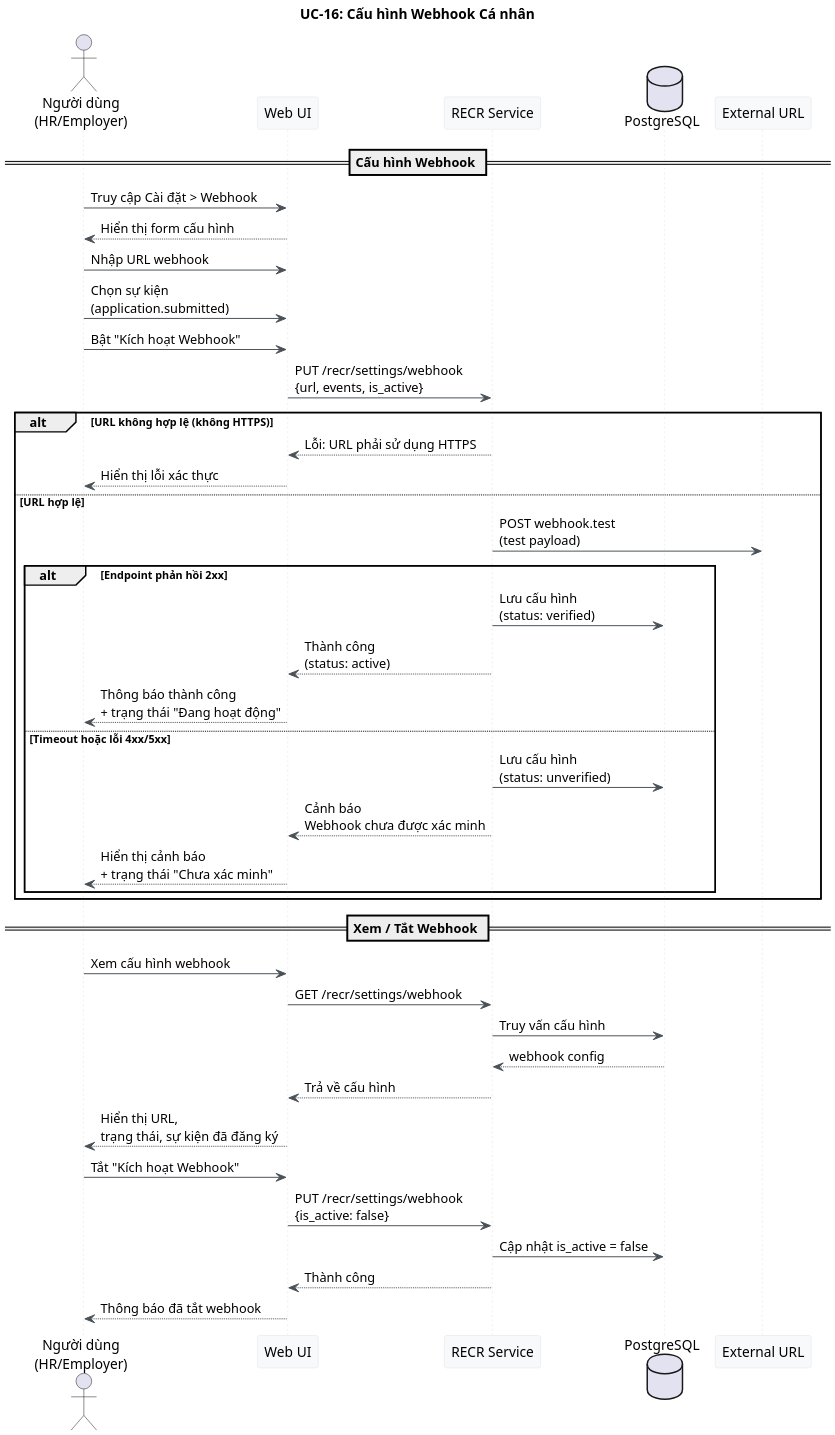
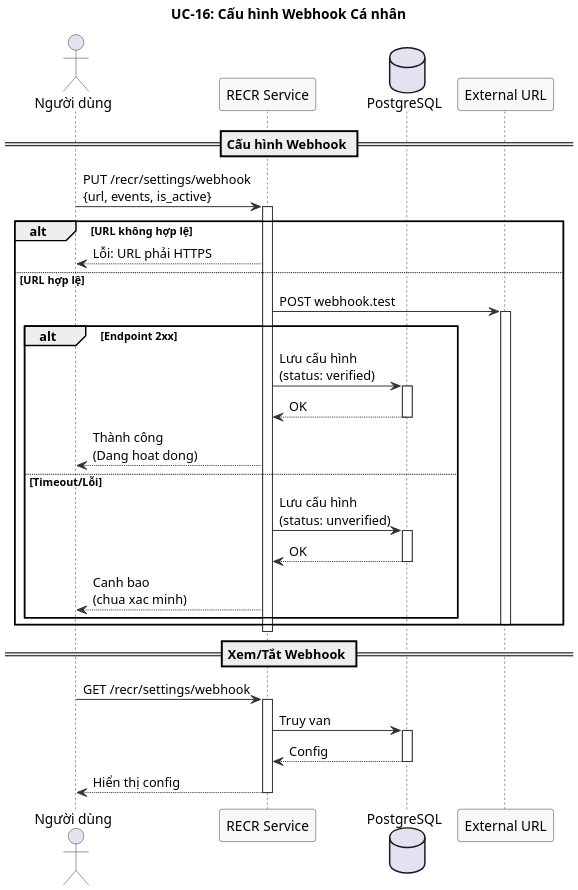
Before and after one commit to namnh240795/document: the diagram in modules/recr/diagrams/sequence/uc16-webhook-config-sequence.puml, drawn with PlantUML. The commit also changed 23 other files, not shown here.

First line of the commit message:
refactor(recr): standardize diagram style for UC-16 to UC-19

```diff
--- a/modules/recr/diagrams/sequence/uc16-webhook-config-sequence.puml
+++ b/modules/recr/diagrams/sequence/uc16-webhook-config-sequence.puml
@@ -1,57 +1,57 @@
-@startuml uc16-webhook-config-sequence
+@startuml
+' UC-16: Cấu hình Webhook Cá nhân - Sơ đồ Chuỗi
+skinparam dpi 200
+skinparam sequence {
+  ArrowColor #333333
+  ActorBorderColor #333333
+  LifeLineBorderColor #333333
+  ParticipantBackgroundColor #F8F8F8
+  ParticipantBorderColor #333333
+}
+
 title UC-16: Cấu hình Webhook Cá nhân
-skinparam dpi 200
-skinparam sequenceArrowColor #495057
-skinparam sequenceLifeLineBorderColor #dee2e6
-skinparam sequenceParticipantBackgroundColor #f8f9fa
-skinparam sequenceParticipantBorderColor #dee2e6
 
-actor "Người dùng\n(HR/Employer)" as User
-participant "Web UI" as UI
-participant "RECR Service" as RECR
+actor "Người dùng" as User
+participant "RECR Service" as R
 database "PostgreSQL" as DB
-participant "External URL" as External
+participant "External URL" as Ext
 
 == Cấu hình Webhook ==
 
-User -> UI : Truy cập Cài đặt > Webhook
-UI --> User : Hiển thị form cấu hình
+User -> R : PUT /recr/settings/webhook\n{url, events, is_active}
+activate R
 
-User -> UI : Nhập URL webhook
-User -> UI : Chọn sự kiện\n(application.submitted)
-User -> UI : Bật "Kích hoạt Webhook"
+alt URL không hợp lệ
+  R --> User : Lỗi: URL phải HTTPS
+else URL hợp lệ
+  R -> Ext : POST webhook.test
+  activate Ext
+  alt Endpoint 2xx
+    R -> DB : Lưu cấu hình\n(status: verified)
+    activate DB
+    DB --> R : OK
+    deactivate DB
+    R --> User : Thành công\n(Dang hoat dong)
+  else Timeout/Lỗi
+    R -> DB : Lưu cấu hình\n(status: unverified)
+    activate DB
+    DB --> R : OK
+    deactivate DB
+    R --> User : Canh bao\n(chua xac minh)
+  end
+  deactivate Ext
+end
+deactivate R
 
-UI -> RECR : PUT /recr/settings/webhook\n{url, events, is_active}
+== Xem/Tắt Webhook ==
 
-alt URL không hợp lệ (không HTTPS)
-  RECR --> UI : Lỗi: URL phải sử dụng HTTPS
-  UI --> User : Hiển thị lỗi xác thực
-else URL hợp lệ
-  RECR -> External : POST webhook.test\n(test payload)
-  alt Endpoint phản hồi 2xx
-    RECR -> DB : Lưu cấu hình\n(status: verified)
-    RECR --> UI : Thành công\n(status: active)
-    UI --> User : Thông báo thành công\n+ trạng thái "Đang hoạt động"
-  else Timeout hoặc lỗi 4xx/5xx
-    RECR -> DB : Lưu cấu hình\n(status: unverified)
-    RECR --> UI : Cảnh báo\nWebhook chưa được xác minh
-    UI --> User : Hiển thị cảnh báo\n+ trạng thái "Chưa xác minh"
-  end
-end
-
-== Xem / Tắt Webhook ==
-
-User -> UI : Xem cấu hình webhook
-UI -> RECR : GET /recr/settings/webhook
-RECR -> DB : Truy vấn cấu hình
-DB --> RECR : webhook config
-RECR --> UI : Trả về cấu hình
-UI --> User : Hiển thị URL,\ntrạng thái, sự kiện đã đăng ký
-
-User -> UI : Tắt "Kích hoạt Webhook"
-UI -> RECR : PUT /recr/settings/webhook\n{is_active: false}
-RECR -> DB : Cập nhật is_active = false
-RECR --> UI : Thành công
-UI --> User : Thông báo đã tắt webhook
+User -> R : GET /recr/settings/webhook
+activate R
+R -> DB : Truy van
+activate DB
+DB --> R : Config
+deactivate DB
+R --> User : Hiển thị config
+deactivate R
 
 @enduml
```
